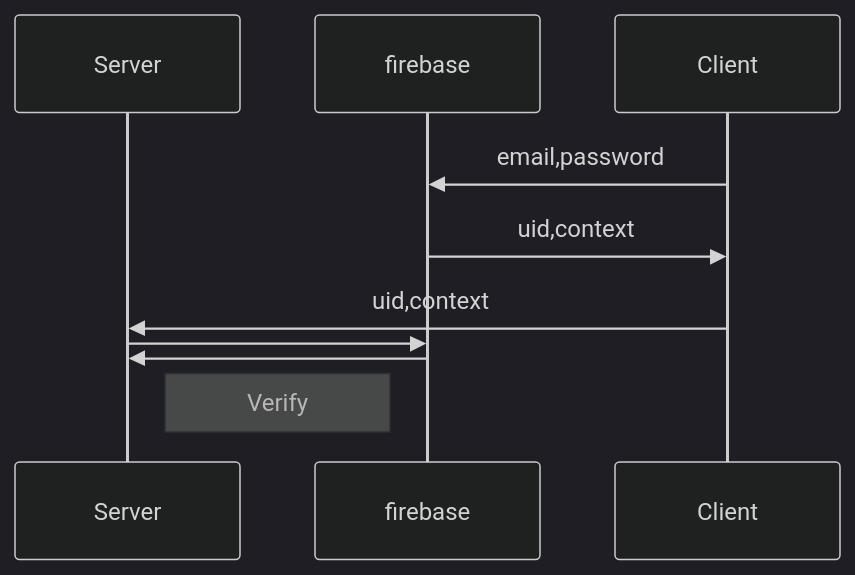
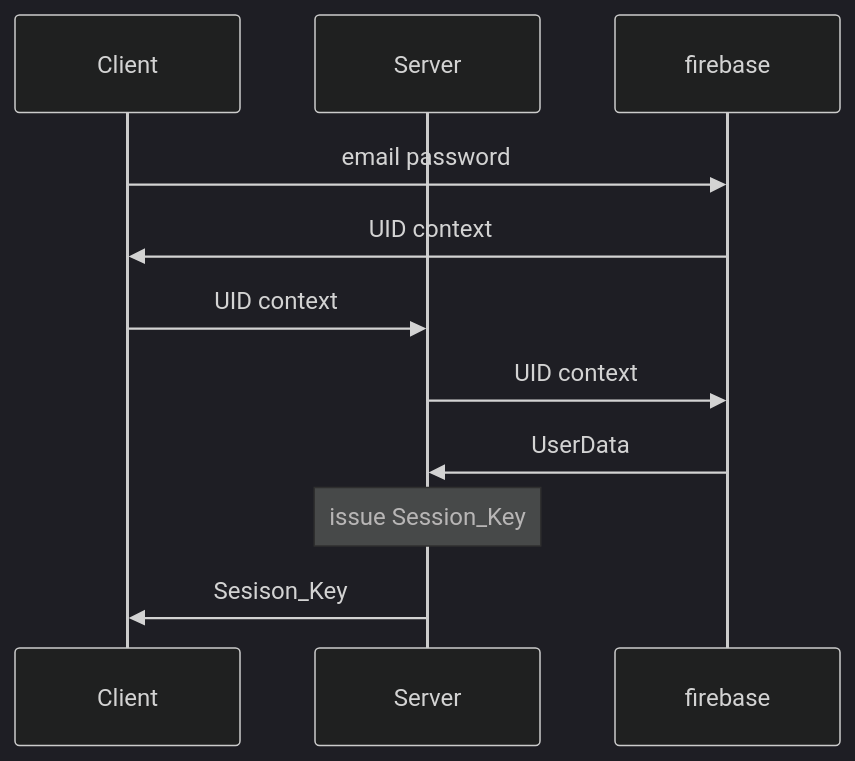
One commit to WhatACotton/CharisWorks-BackEnd changed the third of 4 diagrams in README.md. Above: the diagram before and after it, drawn with Mermaid (dark theme). The commit also changed other lines of this file and 2 other files, not shown here.

````diff
--- a/README.md
+++ b/README.md
@@ -81,15 +83,16 @@
 ```mermaid
 sequenceDiagram
-
+participant Client
 participant Server
 participant firebase
-participant Client
 
-Client ->> firebase:email,password
-firebase ->> Client: uid,context
-Client ->> Server: uid,context
-Server ->> firebase:　
-firebase ->> Server:　
-Note left of firebase:Verify
+
+Client ->> firebase:email password
+firebase ->> Client: UID context
+Client ->> Server: UID context
+Server ->> firebase:UID context
+firebase ->>Server:UserData
+Note over Server:issue Session_Key
+Server ->> Client:Sesison_Key
 
 ```
````
